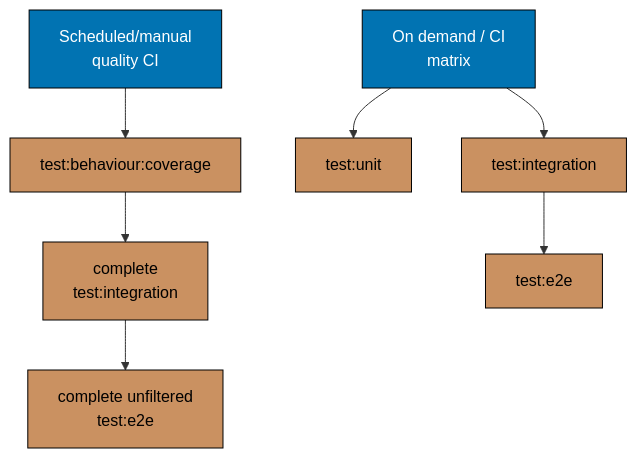
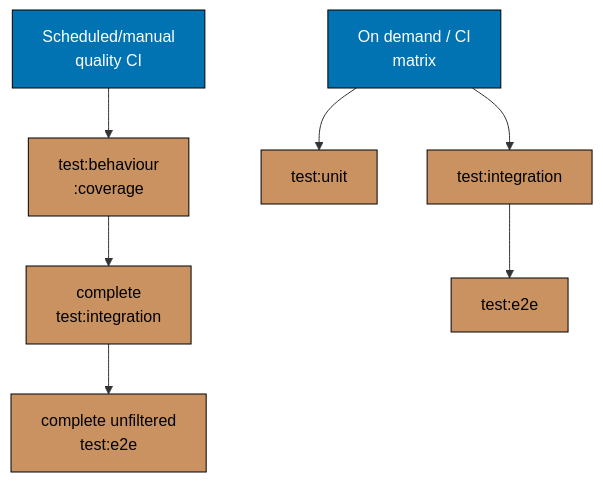
One commit to wahidyankf/ose-public changed the second of 2 diagrams in repo-governance/development/infra/nx-targets/execution-model.md. Above: the diagram before and after it, drawn with Mermaid. The commit also changed 1 other file, not shown here.

Commit message:
docs(diagrams): make the fixture and execution-model diagrams pass the rendered rule

````diff
--- a/repo-governance/development/infra/nx-targets/execution-model.md
+++ b/repo-governance/development/infra/nx-targets/execution-model.md
@@ -55,18 +55,18 @@
 ```mermaid
 flowchart TD
     accTitle: Scheduled and On-Demand Testing
     accDescr: Scheduled/manual quality CI leads to test:behaviour:coverage; test:behaviour:coverage leads to complete test:integration; complete test:integration leads to complete unfiltered test:e2e; On demand / CI matrix leads to test:unit; and 2 more links.
-    H2["Scheduled/manual<br/>quality CI"] --> C2["test:behaviour:coverage"]
+    H2["Scheduled/manual<br/>quality CI"] --> C2["test:behaviour<br/>:coverage"]
     C2 --> I2["complete<br/>test:integration"]
     I2 --> E2["complete unfiltered<br/>test:e2e"]
 
     J[On demand / CI<br/>matrix] --> K[test:unit]
     J --> L[test:integration]
     L --> M[test:e2e]
 
     classDef blue fill:#0173B2,stroke:#000000,color:#FFFFFF
     classDef brown fill:#CA9161,stroke:#000000,color:#000000
     class H2,J blue
     class C2,I2,E2,K,L,M brown
     classDef default fill:#FFFFFF,stroke:#000000,color:#000000
 ```
````
